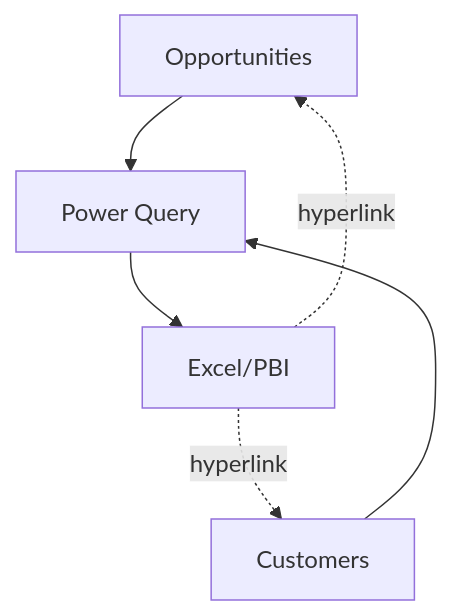
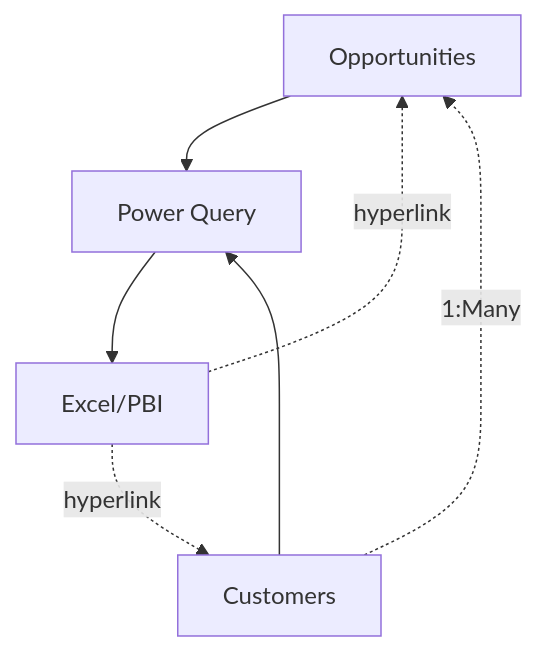
One commit to pgaljan/funneler changed the diagram in readme.md. Above: the diagram before and after it, drawn with Mermaid. The commit also changed other lines of this file and 3 other files, not shown here.

````diff
--- a/readme.md
+++ b/readme.md
@@ -42,8 +65,10 @@
 ```mermaid
 graph TD
+
 Opportunities --> PowerQuery[Power Query] 
+Customers -.->|1:Many| Opportunities 
 Customers --> PowerQuery
 PowerQuery --> Excel[Excel/PBI]
 Excel -.->|hyperlink| Opportunities
 Excel -.->|hyperlink| Customers
 ```
````
